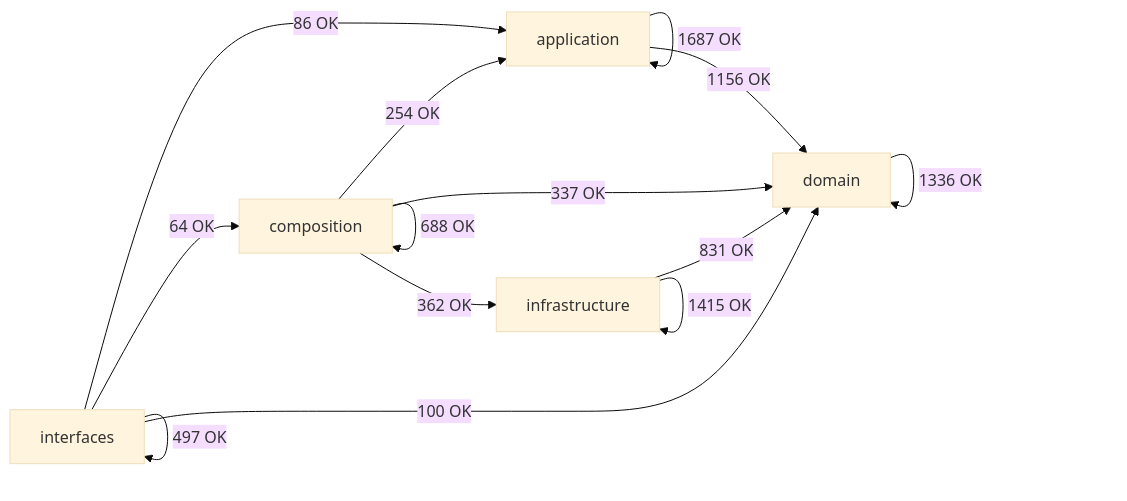
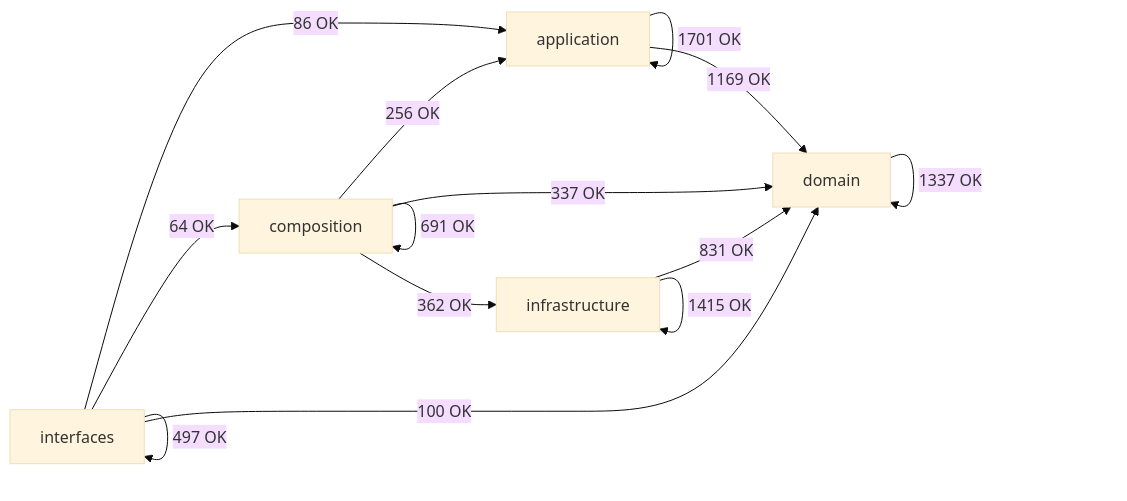
The diagram in docs/02-architecture/generated/module-dependency-map.md (SatoryKono/BioactivityDataAcquisition), drawn with Mermaid (base theme) before and after one commit. The commit also changed other lines of this file and 95 other files, not shown here.

````diff
--- a/docs/02-architecture/generated/module-dependency-map.md
+++ b/docs/02-architecture/generated/module-dependency-map.md
@@ -17,21 +17,21 @@
 ```mermaid
 flowchart LR
     domain[domain]
     application[application]
     infrastructure[infrastructure]
     composition[composition]
     interfaces[interfaces]
-    application -->|1687 OK| application
-    application -->|1156 OK| domain
-    composition -->|254 OK| application
-    composition -->|688 OK| composition
+    application -->|1701 OK| application
+    application -->|1169 OK| domain
+    composition -->|256 OK| application
+    composition -->|691 OK| composition
     composition -->|337 OK| domain
     composition -->|362 OK| infrastructure
-    domain -->|1336 OK| domain
+    domain -->|1337 OK| domain
     infrastructure -->|831 OK| domain
     infrastructure -->|1415 OK| infrastructure
     interfaces -->|86 OK| application
     interfaces -->|64 OK| composition
     interfaces -->|100 OK| domain
     interfaces -->|497 OK| interfaces
 ```
````
